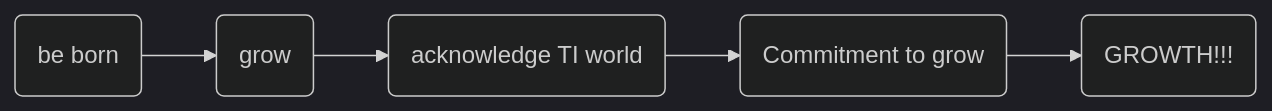
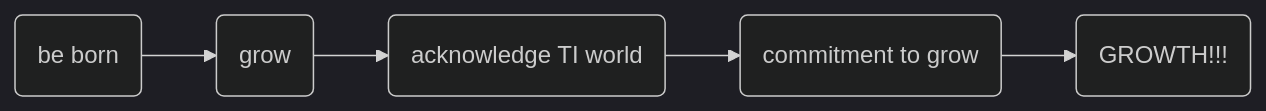
The diagram in README.md (ZALOFARG/ZALOFARG), drawn with Mermaid (dark theme) before and after one commit. The commit also changed other lines of this file, not shown here.

````diff
--- a/README.md
+++ b/README.md
@@ -18,7 +18,7 @@
 ``` mermaid
 graph LR;
   A(be born)-->B(grow);
   B-->C(acknowledge TI world);
-  C-->D(Commitment to grow);
+  C-->D(commitment to grow);
   D-->E(GROWTH!!!)
 ```
````
